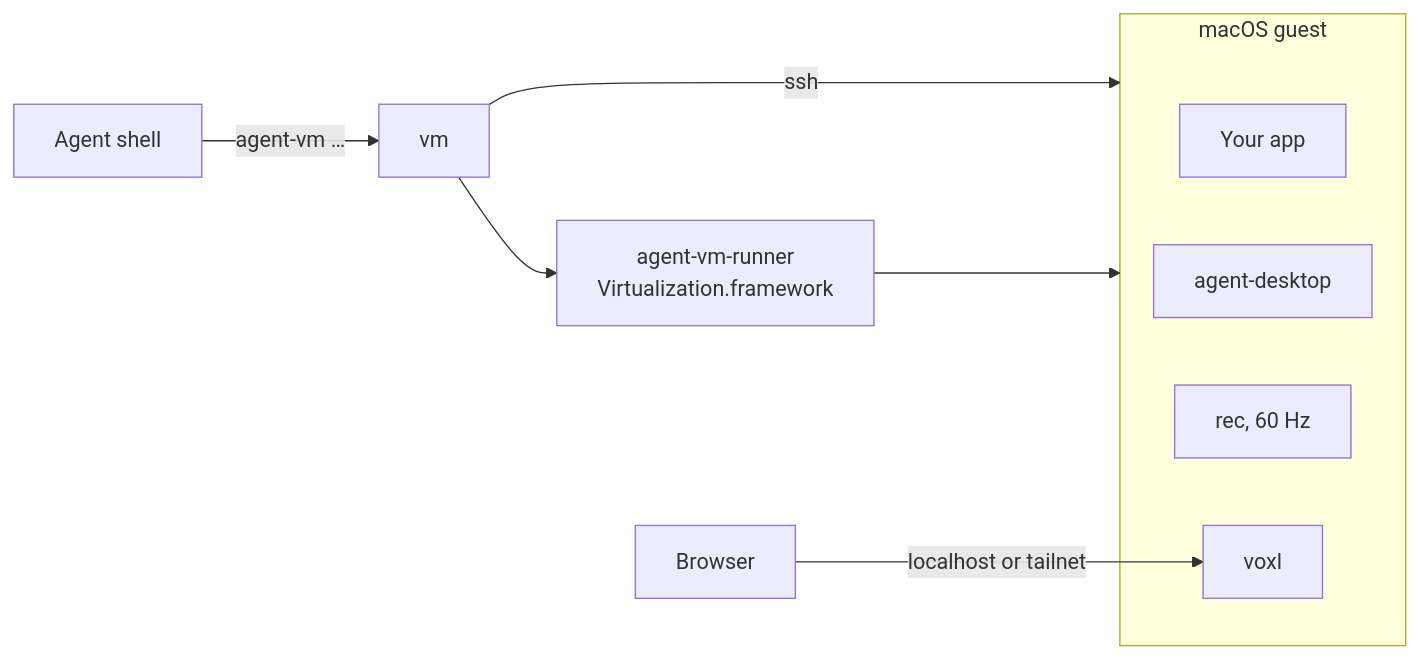
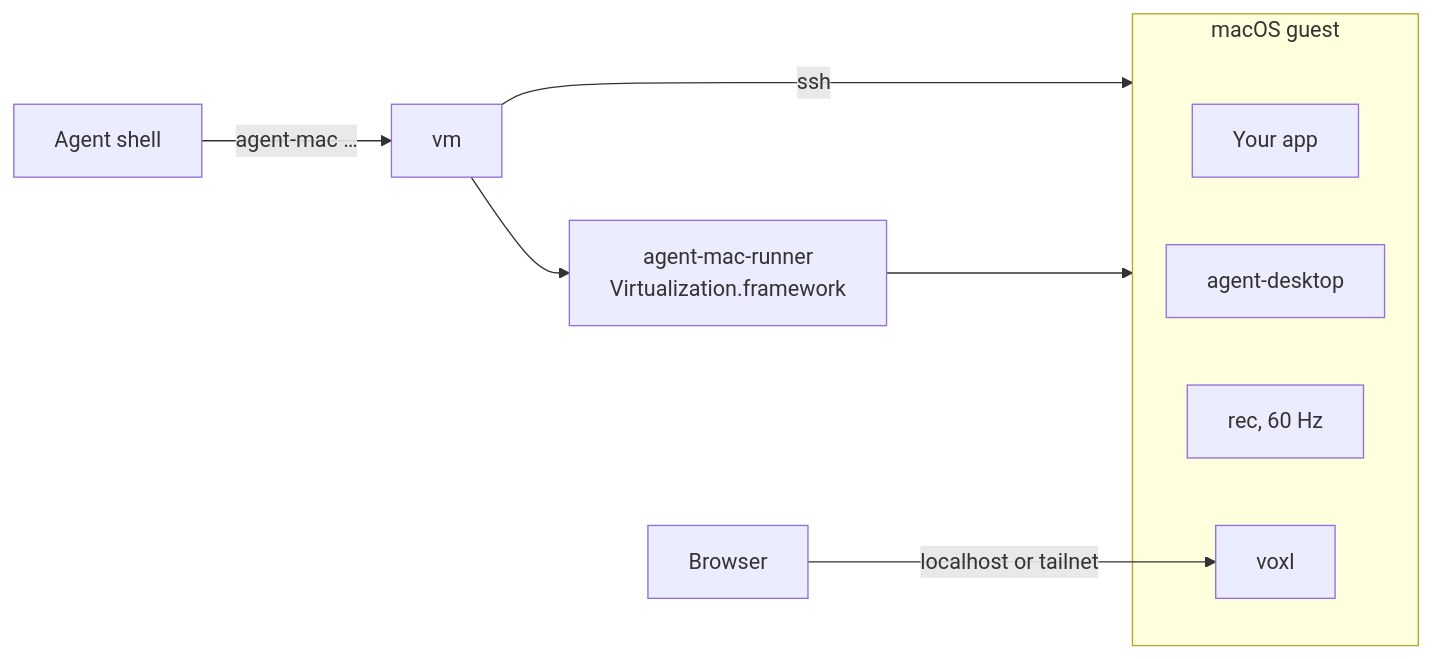
One commit to bmcreations/agent-mac changed the diagram in README.md. Above: the diagram before and after it, drawn with Mermaid. The commit also changed other lines of this file and 17 other files, not shown here.

First line of the commit message:
Rename to agent-mac

````diff
--- a/README.md
+++ b/README.md
@@ -55,14 +55,14 @@
 ```mermaid
 flowchart LR
-  agent["Agent shell"] -- "agent-vm …" --> vm["vm"]
-  vm --> runner["agent-vm-runner<br/>Virtualization.framework"]
+  agent["Agent shell"] -- "agent-mac …" --> vm["vm"]
+  vm --> runner["agent-mac-runner<br/>Virtualization.framework"]
   vm -- "ssh" --> guest
   runner --> guest
   subgraph guest["macOS guest"]
     app["Your app"]
     ad["agent-desktop"]
     rec["rec, 60 Hz"]
     voxl["voxl"]
   end
   browser["Browser"] -- "localhost or tailnet" --> voxl
 ```
````
